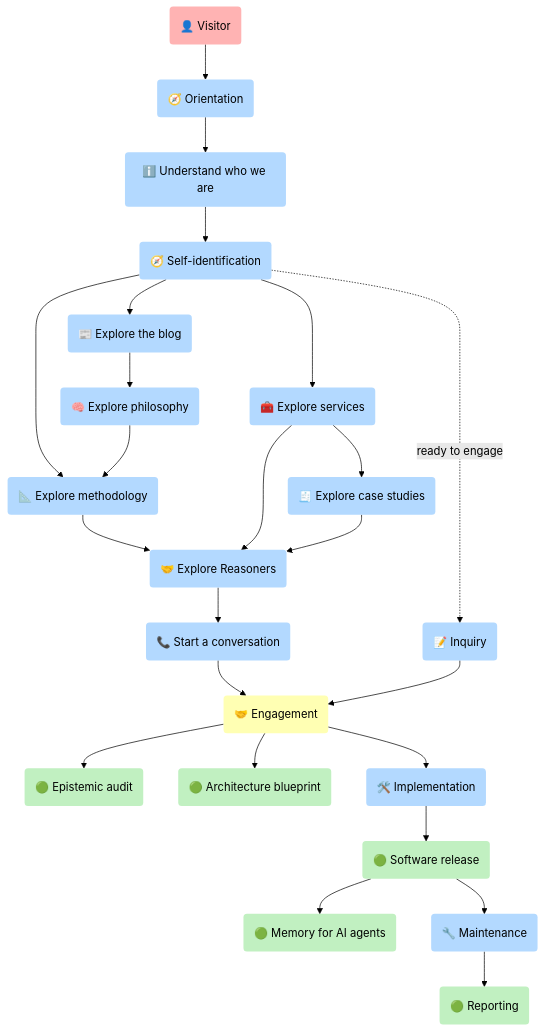
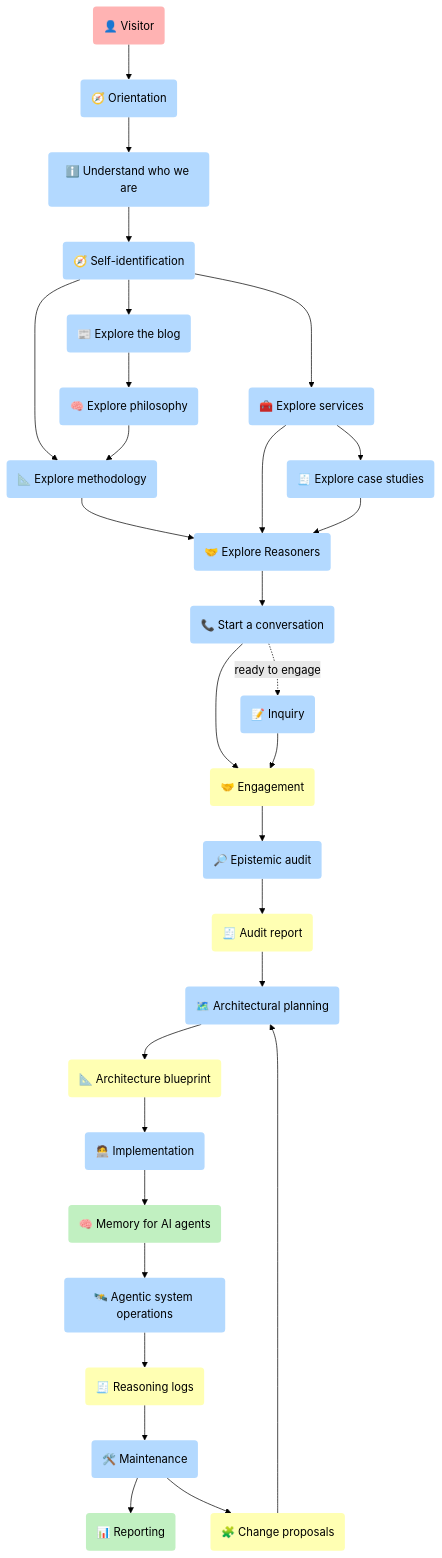
One commit to 5Reasons/5reasons.github.io changed the first of 5 diagrams in docs/index.md. Above: the diagram before and after it, drawn with Mermaid (forest theme). The commit also changed other lines of this file and 1 other file, not shown here.

Commit message:
Enhance diagram styling: Center-align text in Mermaid diagrams for improved readability

````diff
--- a/docs/index.md
+++ b/docs/index.md
@@ -48,7 +46,7 @@
 
 %% Home subpage (key conversion)
 P_Inquiry("📝 Inquiry"):::p
-P_Ident -. "ready to engage" .-> P_Inquiry
+P_Contact -. "ready to engage" .-> P_Inquiry
 
 %% Top-tab processes (each opens a top-level tab)
 P_Services("🧰 Explore services"):::p
@@ -80,18 +78,21 @@
 P_Inquiry --> R_Engage
 
 %% Delivery lifecycle (high-level)
-O_Audit("🟢 Epistemic audit"):::o
-O_Blueprint("🟢 Architecture blueprint"):::o
-P_Impl("🛠️ Implementation"):::p
-O_Software("🟢 Software release"):::o
-O_Memory("🟢 Memory for AI agents"):::o
-P_Maint("🔧 Maintenance"):::p
-O_Reporting("🟢 Reporting"):::o
+P_Audit("🔎 Epistemic audit"):::p
+R_AuditReport("🧾 Audit report"):::r
+P_ArchPlan("🗺️ Architectural planning"):::p
+R_Blueprint("📐 Architecture blueprint"):::r
+P_Impl("🧑‍💻 Implementation"):::p
+O_Memory("🧠 Memory for AI agents"):::o
+P_Ops("🛰️ Agentic system operations"):::p
+R_Logs("🧾 Reasoning logs"):::r
+P_Maint("🛠️ Maintenance"):::p
+O_Reporting("📊 Reporting"):::o
+R_Change("🧩 Change proposals"):::r
 
-R_Engage --> O_Audit
-R_Engage --> O_Blueprint
-R_Engage --> P_Impl --> O_Software --> O_Memory
-O_Software --> P_Maint --> O_Reporting
+R_Engage --> P_Audit --> R_AuditReport --> P_ArchPlan --> R_Blueprint --> P_Impl --> O_Memory
+O_Memory --> P_Ops --> R_Logs --> P_Maint --> O_Reporting
+P_Maint --> R_Change --> P_ArchPlan
 
 %% Links (process → detailed explanation)
 click P_Orient "/home/start-here/" "Start Here"
@@ -109,11 +110,12 @@
 click P_Contact "/services/start/" "Start a conversation"
 click R_Engage "/services/" "Engagement model"
 
-click O_Audit "/services/epistemic-audit/" "Epistemic Audit"
-click O_Blueprint "/services/blueprint/" "Architecture Blueprint"
+click P_Audit "/services/epistemic-audit/" "Epistemic Audit"
+click P_ArchPlan "/services/blueprint/" "Architecture Blueprint"
+click R_Blueprint "/services/blueprint/" "Architecture Blueprint"
 click P_Impl "/services/implementation/" "Implementation"
-click O_Software "/services/implementation/" "Implementation"
 click O_Memory "/methodology/" "Methodology"
+click P_Ops "/reasoners/operating-model/" "Operating model"
 click P_Maint "/services/partnership/" "Ongoing Partnership"
 click O_Reporting "/reasoners/governance/" "Governance Approach"
 ```
````
